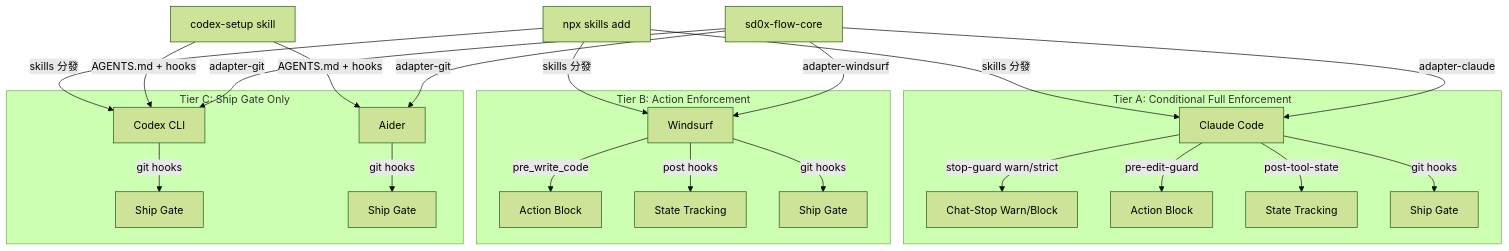
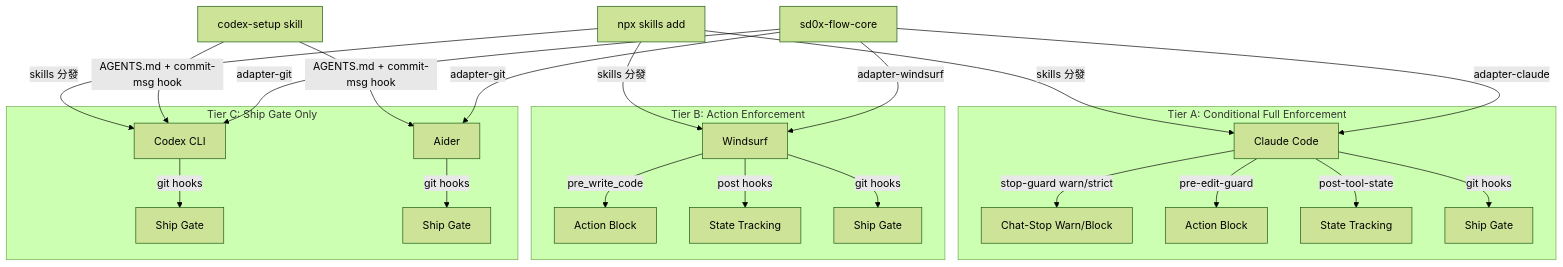
The first of 4 diagrams in docs/features/cross-tool-portability/2-tech-spec.md (sd0xdev/sd0x-dev-flow), drawn with Mermaid (forest theme) before and after one commit. The commit also changed other lines of this file and 11 other files, not shown here.

````diff
--- a/docs/features/cross-tool-portability/2-tech-spec.md
+++ b/docs/features/cross-tool-portability/2-tech-spec.md
@@ -90,34 +90,34 @@
 ```mermaid
 graph TD
     subgraph "Tier A: Conditional Full Enforcement"
         CC[Claude Code]
         CC -->|stop-guard warn/strict| SG[Chat-Stop Warn/Block]
         CC -->|pre-edit-guard| AB[Action Block]
         CC -->|post-tool-state| ST[State Tracking]
         CC -->|git hooks| GG[Ship Gate]
     end
 
     subgraph "Tier B: Action Enforcement"
         WS[Windsurf]
         WS -->|pre_write_code| AB2[Action Block]
         WS -->|post hooks| ST2[State Tracking]
         WS -->|git hooks| GG2[Ship Gate]
     end
 
     subgraph "Tier C: Ship Gate Only"
         CX[Codex CLI]
         AD[Aider]
         CX -->|git hooks| GG3[Ship Gate]
         AD -->|git hooks| GG4[Ship Gate]
     end
 
     SKILLS[npx skills add] -->|skills 分發| CC
     SKILLS -->|skills 分發| CX
     SKILLS -->|skills 分發| WS
-    SETUP[codex-setup skill] -->|AGENTS.md + hooks| CX
-    SETUP -->|AGENTS.md + hooks| AD
+    SETUP[codex-setup skill] -->|AGENTS.md + commit-msg hook| CX
+    SETUP -->|AGENTS.md + commit-msg hook| AD
     CORE[sd0x-flow-core] -->|adapter-claude| CC
     CORE -->|adapter-windsurf| WS
     CORE -->|adapter-git| CX
     CORE -->|adapter-git| AD
 ```
````
